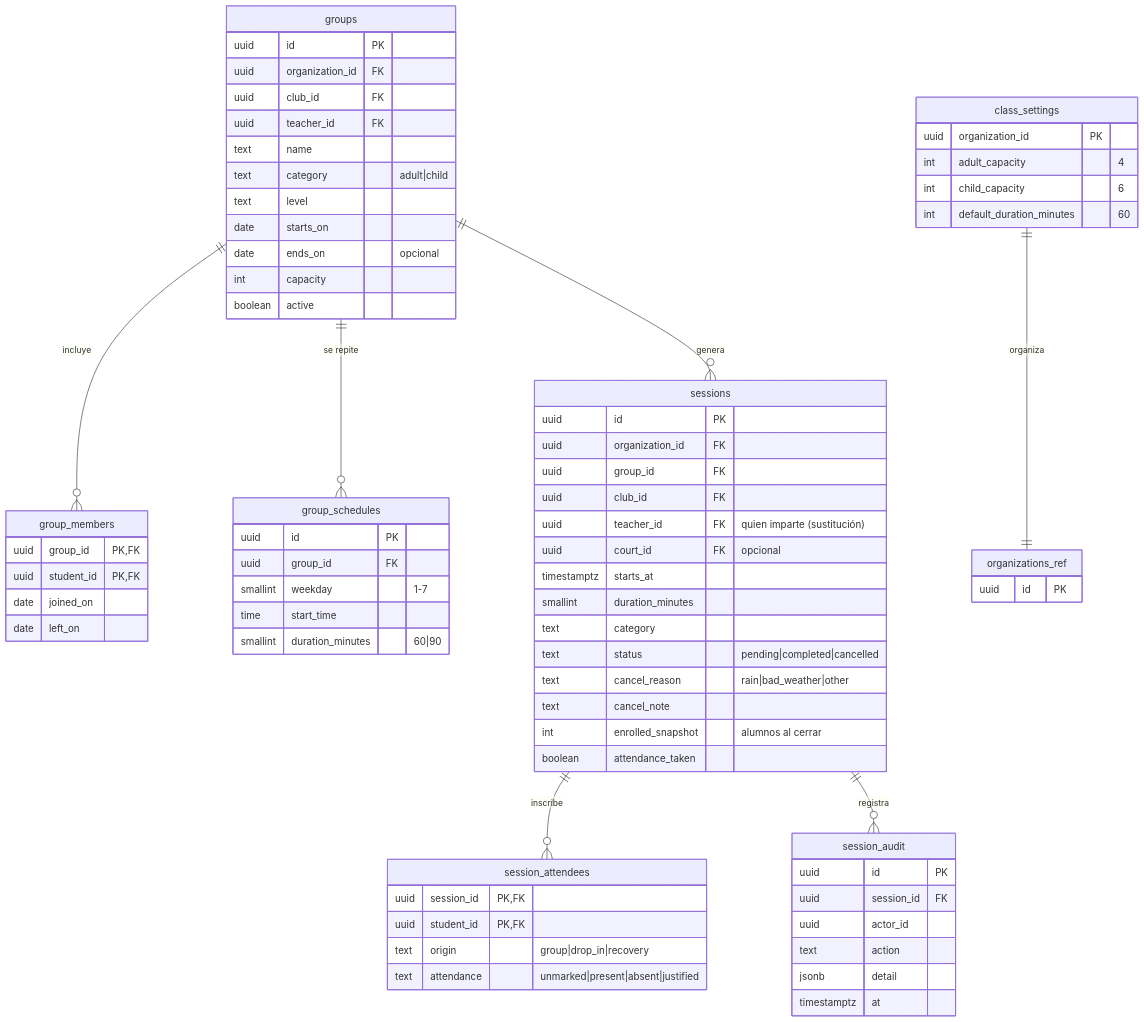
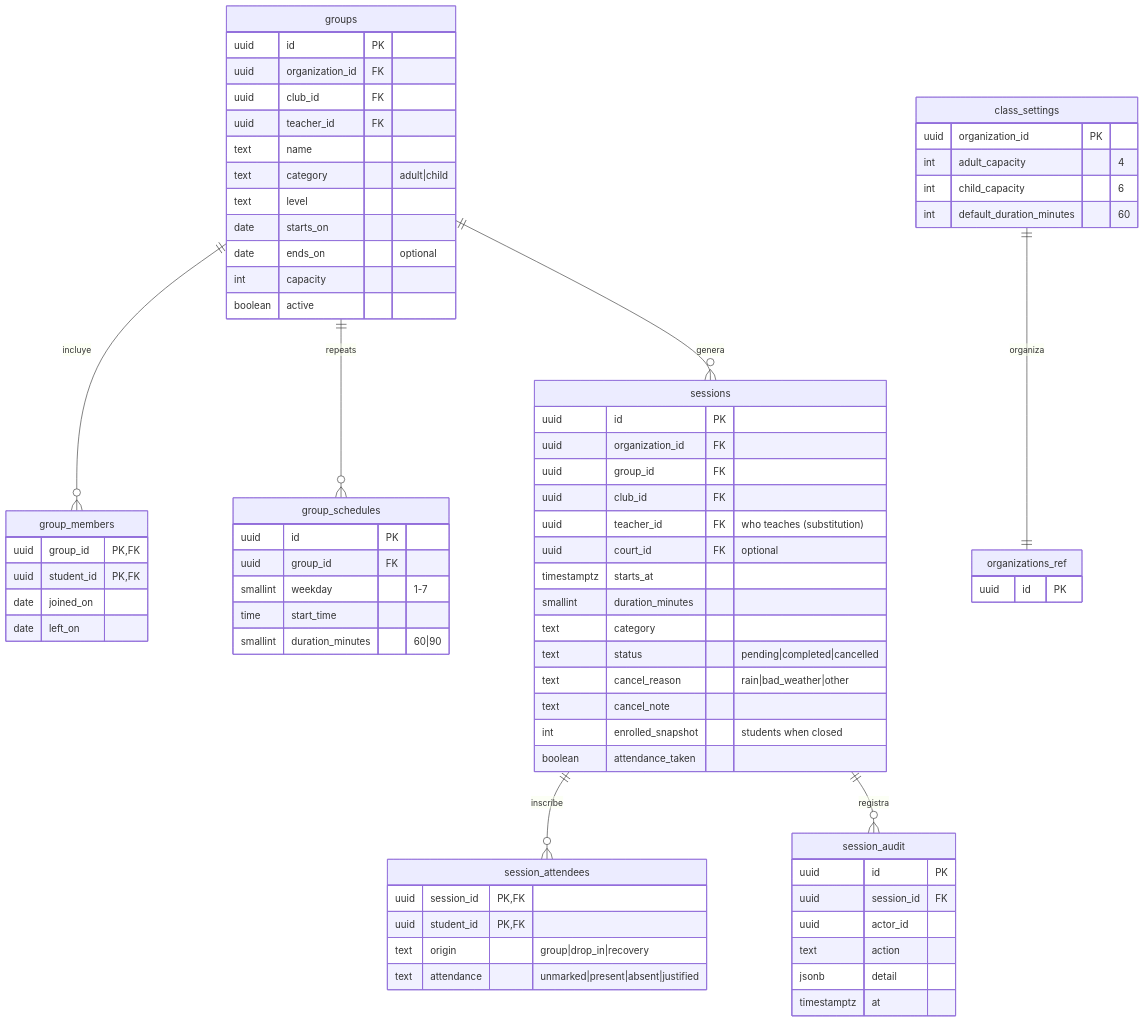
The third of 6 diagrams in docs/DATABASE.md (paf106/aprende-padel-academy-manager-web), drawn with Mermaid before and after one commit. The commit also changed other lines of this file and 221 other files, not shown here.

````diff
--- a/docs/DATABASE.md
+++ b/docs/DATABASE.md
@@ -164,75 +164,75 @@
 ```mermaid
 erDiagram
     groups ||--o{ group_members : incluye
-    groups ||--o{ group_schedules : "se repite"
+    groups ||--o{ group_schedules : "repeats"
     groups ||--o{ sessions : genera
     sessions ||--o{ session_attendees : inscribe
     sessions ||--o{ session_audit : registra
     class_settings ||--|| organizations_ref : organiza
 
     class_settings {
         uuid organization_id PK
         int adult_capacity "4"
         int child_capacity "6"
         int default_duration_minutes "60"
     }
     groups {
         uuid id PK
         uuid organization_id FK
         uuid club_id FK
         uuid teacher_id FK
         text name
         text category "adult|child"
         text level
         date starts_on
-        date ends_on "opcional"
+        date ends_on "optional"
         int capacity
         boolean active
     }
     group_schedules {
         uuid id PK
         uuid group_id FK
         smallint weekday "1-7"
         time start_time
         smallint duration_minutes "60|90"
     }
     group_members {
         uuid group_id PK,FK
         uuid student_id PK,FK
         date joined_on
         date left_on
     }
     sessions {
         uuid id PK
         uuid organization_id FK
         uuid group_id FK
         uuid club_id FK
-        uuid teacher_id FK "quien imparte (sustitución)"
-        uuid court_id FK "opcional"
+        uuid teacher_id FK "who teaches (substitution)"
+        uuid court_id FK "optional"
         timestamptz starts_at
         smallint duration_minutes
         text category
         text status "pending|completed|cancelled"
         text cancel_reason "rain|bad_weather|other"
         text cancel_note
-        int enrolled_snapshot "alumnos al cerrar"
+        int enrolled_snapshot "students when closed"
         boolean attendance_taken
     }
     session_attendees {
         uuid session_id PK,FK
         uuid student_id PK,FK
         text origin "group|drop_in|recovery"
         text attendance "unmarked|present|absent|justified"
     }
     session_audit {
         uuid id PK
         uuid session_id FK
         uuid actor_id
         text action
         jsonb detail
         timestamptz at
     }
     organizations_ref {
         uuid id PK
     }
 ```
````
